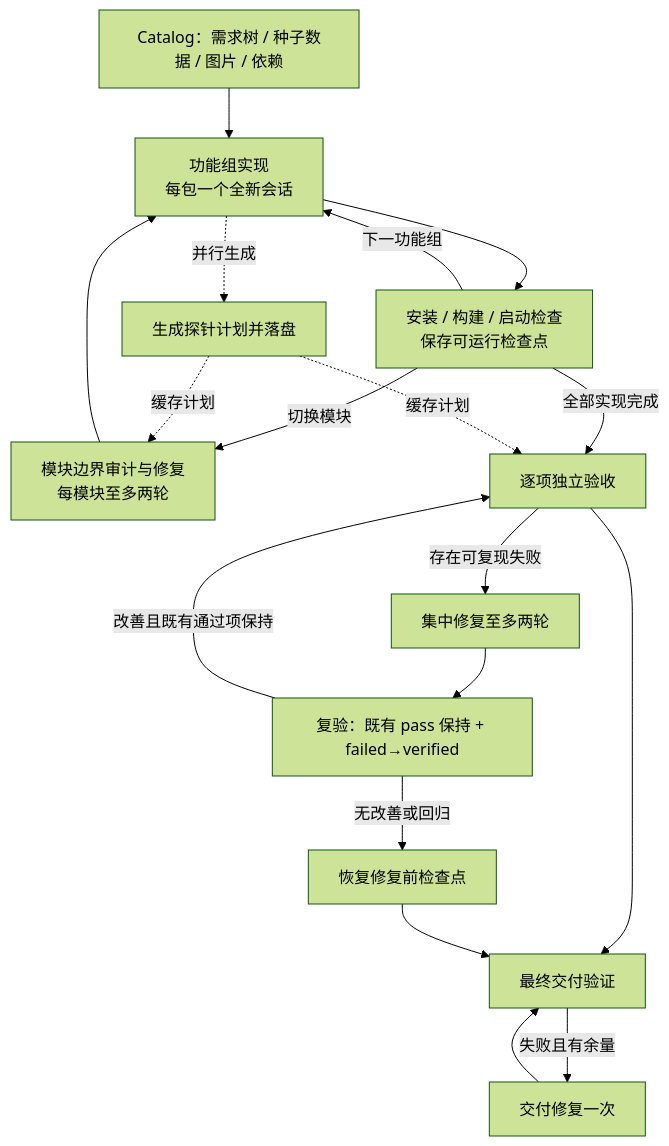
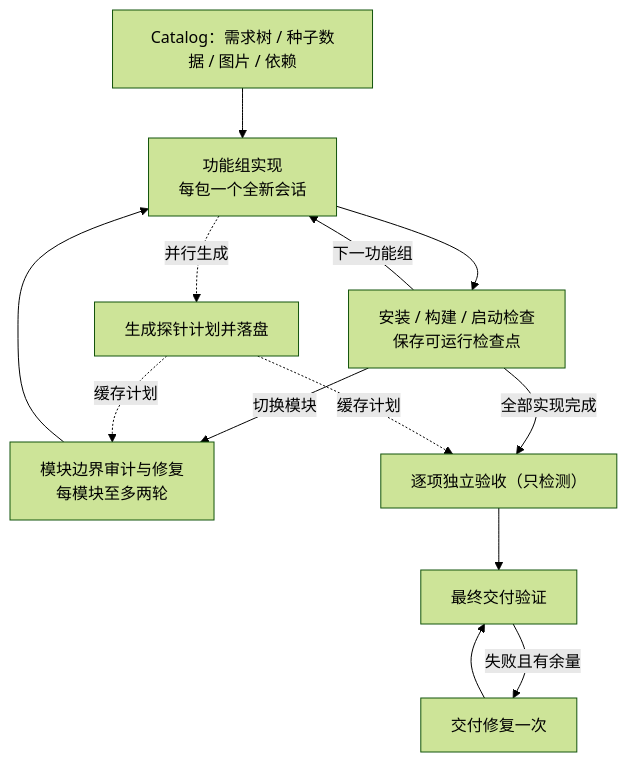
The diagram in README.md (TheaDust/Shallow), drawn with Mermaid (forest theme) before and after one commit. The commit also changed other lines of this file and 8 other files, not shown here.

````diff
--- a/README.md
+++ b/README.md
@@ -80,20 +80,15 @@
 ```mermaid
 flowchart TD
     C[Catalog：需求树 / 种子数据 / 图片 / 依赖] --> M[功能组实现<br/>每包一个全新会话]
     M -.并行生成.-> P[生成探针计划并落盘]
     M --> K[安装 / 构建 / 启动检查<br/>保存可运行检查点]
     K -->|下一功能组| M
     K -->|切换模块| BA[模块边界审计与修复<br/>每模块至多两轮]
     BA --> M
-    K -->|全部实现完成| J[逐项独立验收]
+    K -->|全部实现完成| J[逐项独立验收（只检测）]
     P -.缓存计划.-> BA
     P -.缓存计划.-> J
-    J -->|存在可复现失败| R[集中修复至多两轮]
-    R --> G[复验：既有 pass 保持 + failed→verified]
-    G -->|改善且既有通过项保持| J
-    G -->|无改善或回归| B[恢复修复前检查点]
     J --> F[最终交付验证]
-    B --> F
     F -->|失败且有余量| DR[交付修复一次]
     DR --> F
 ```
````
